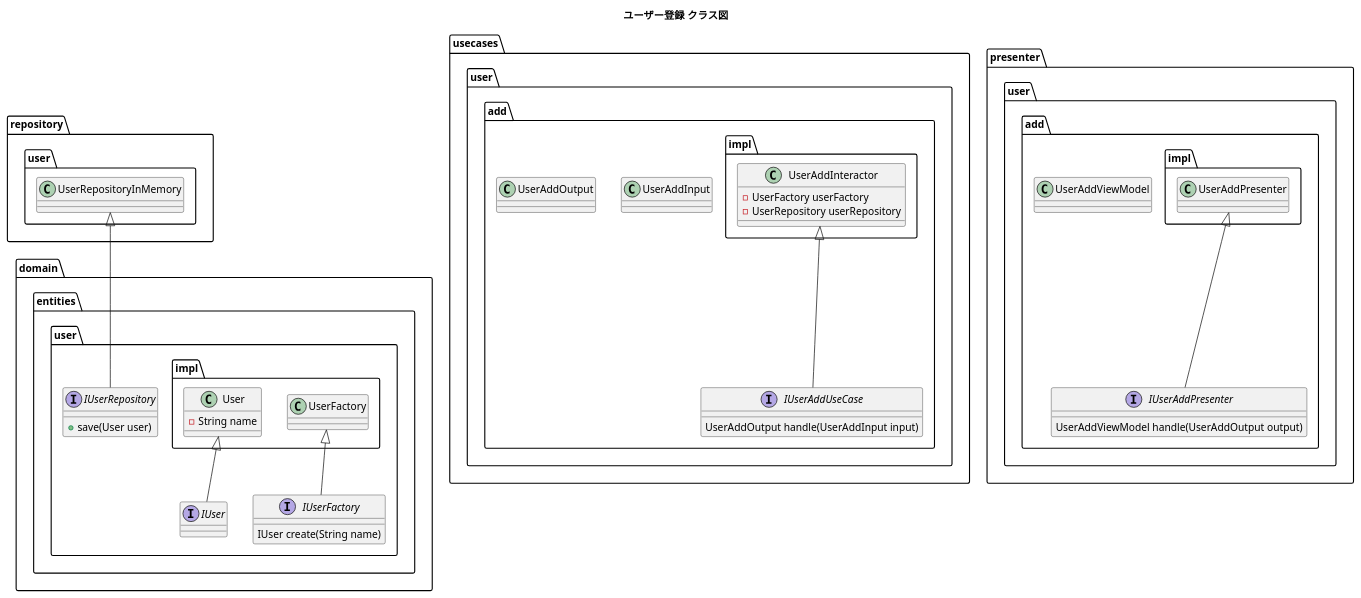
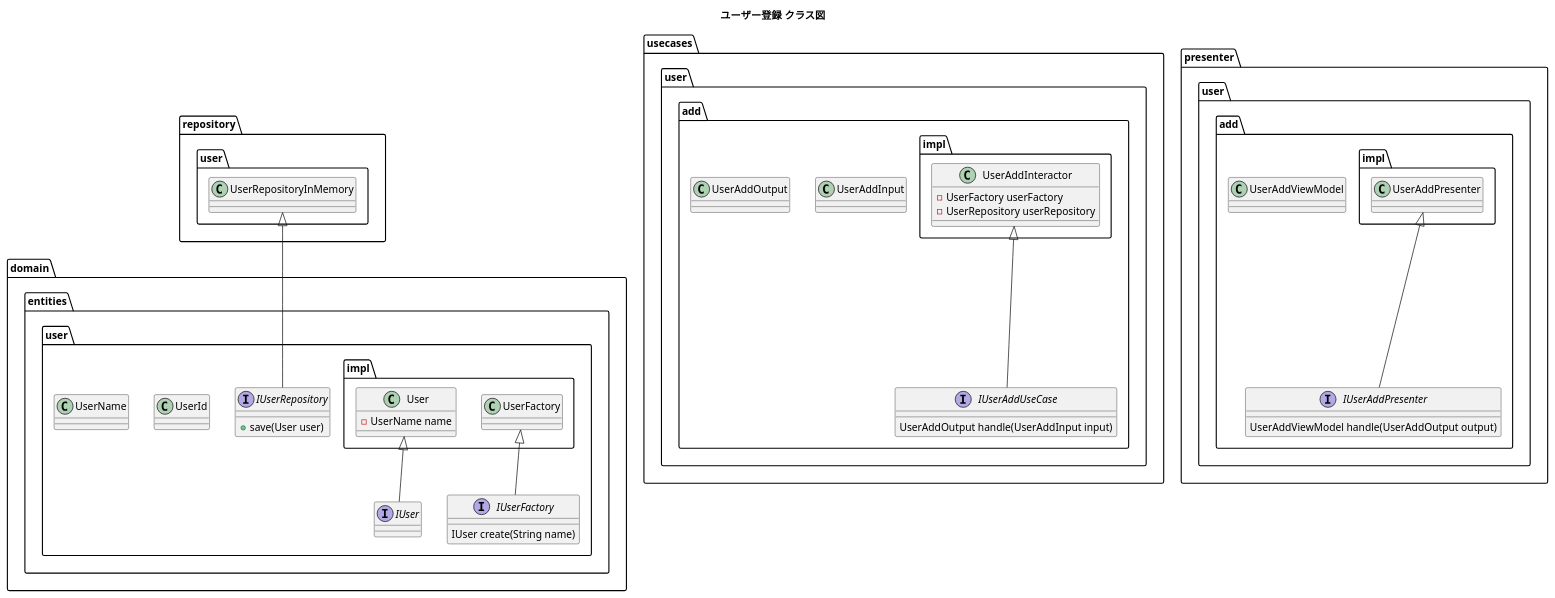
One commit to choimake/clean-architecture-with-springboot changed the diagram in docs/class.pu. Above: the diagram before and after it, drawn with PlantUML. The commit also changed 21 other files, not shown here.

```diff
--- a/docs/class.pu
+++ b/docs/class.pu
@@ -1,76 +1,81 @@
 @startuml
 title ユーザー登録 クラス図
 
 ' 参考
 ' - https://www.baeldung.com/spring-boot-clean-architecture
 ' - https://nrslib.com/clean-architecture-with-java/
 
 package domain.entities.user {
     ' Data Access Interface
     interface IUserRepository {
         + save(User user)
     }
 
     interface IUser
 
     interface IUserFactory {
         IUser create(String name)
     }
 
+    ' Value Object
+    class UserId
+    ' Value Object
+    class UserName
+
     package domain.entities.user.impl {
         User <|-- IUser
         UserFactory <|-- IUserFactory
 
         class User {
-            - String name
+            - UserName name
         }
     }
 }
 
 package usecases {
     package usecases.user.add {
 
         ' Input Data<DS>
         class UserAddInput
 
         ' Output Data<DS>
         class UserAddOutput
 
         ' Input Boundary
         interface IUserAddUseCase {
             UserAddOutput handle(UserAddInput input)
         }
 
         package usecases.user.add.impl {
             UserAddInteractor <|-- IUserAddUseCase
 
             class UserAddInteractor {
                 - UserFactory userFactory
                 - UserRepository userRepository
             }
         }
     }
 }
 
 package presenter {
     package presenter.user.add {
         ' ViewModel
         class UserAddViewModel
         ' Output Boundary
         interface IUserAddPresenter {
             UserAddViewModel handle(UserAddOutput output)
         }
 
         package presenter.user.add.impl {
             UserAddPresenter <|-- IUserAddPresenter
         }
     }
 }
 
 package repository {
     package repository.user {
         UserRepositoryInMemory <|-- IUserRepository
     }
 }
 
 @enduml
```
